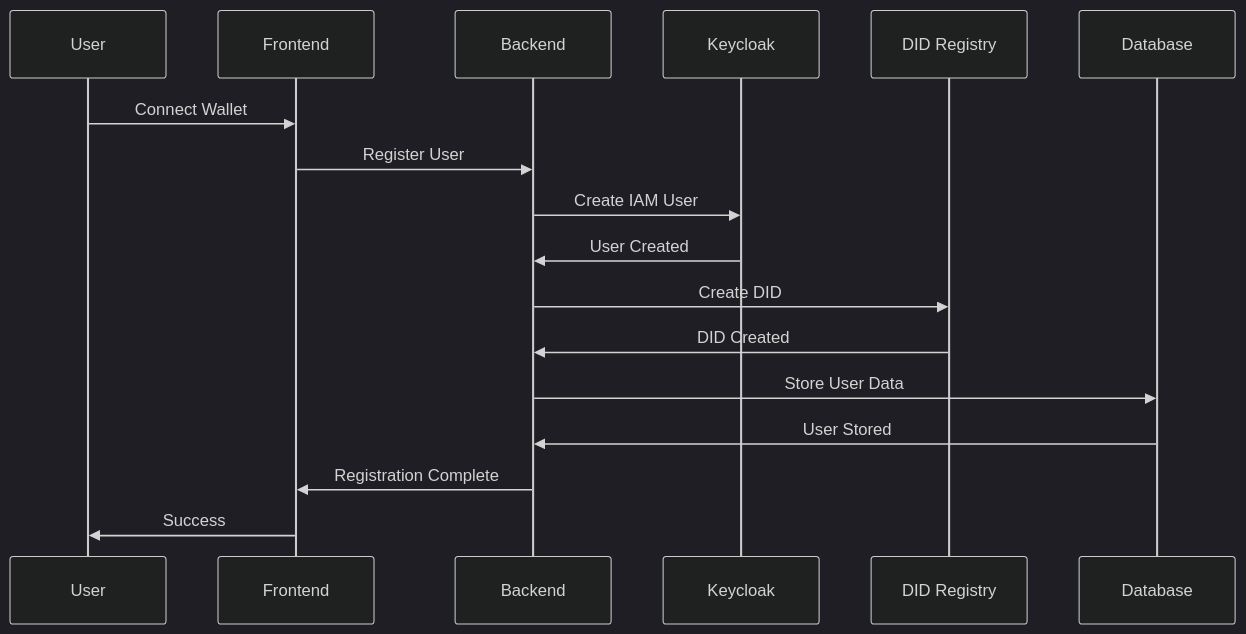
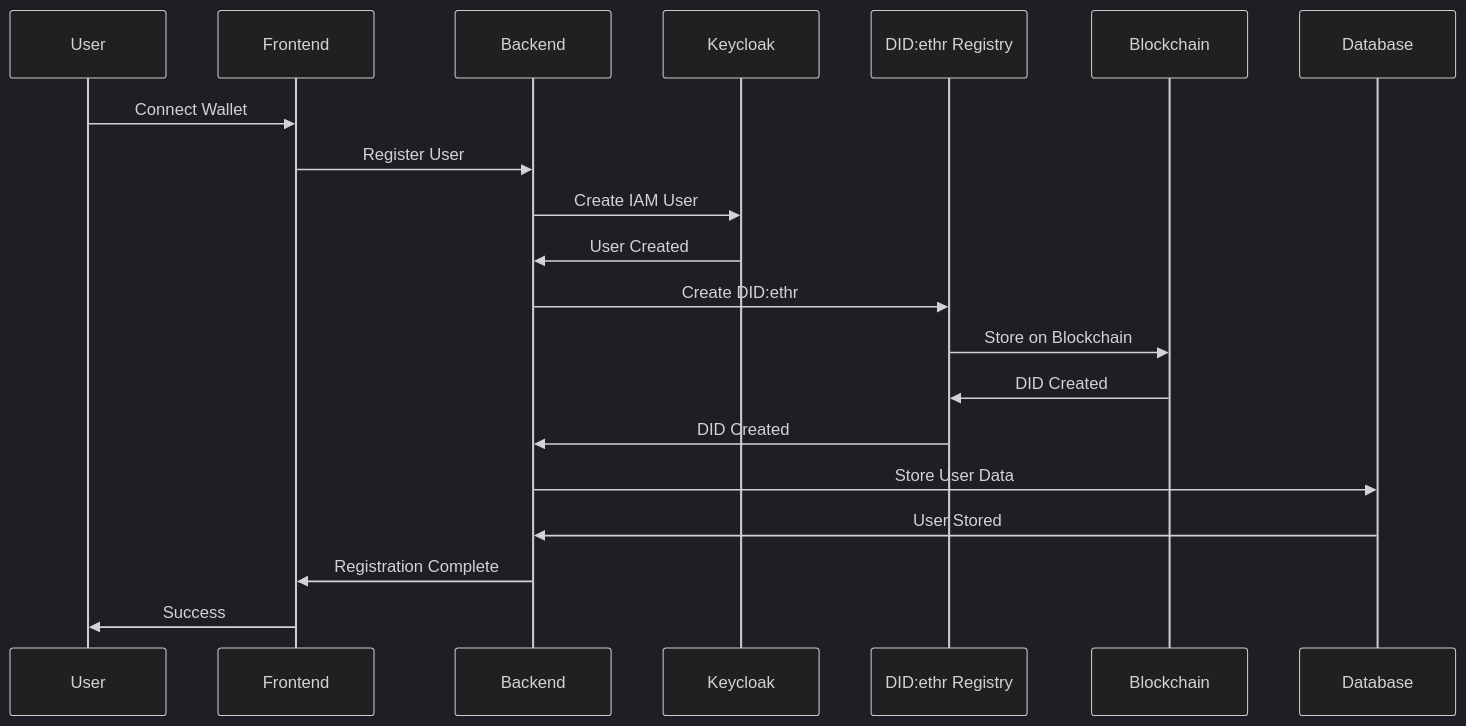
Diagram 12 of 25 in ARCHITECTURE_GUIDE.md (gitmujoshi/Confidential-AI-Network), drawn with Mermaid (dark theme) before and after one commit. The commit also changed other lines of this file and 18 other files, not shown here.

Commit message:
docs: update all architecture and IAM docs for enterprise did:web strategy, add enterprise implementation guide

````diff
--- a/ARCHITECTURE_GUIDE.md
+++ b/ARCHITECTURE_GUIDE.md
@@ -356,20 +562,23 @@
 ```mermaid
 sequenceDiagram
     participant U as User
     participant F as Frontend
     participant B as Backend
     participant IAM as Keycloak
-    participant DID as DID Registry
+    participant DID_ETHR as DID:ethr Registry
+    participant BC as Blockchain
     participant DB as Database
     
     U->>F: Connect Wallet
     F->>B: Register User
     B->>IAM: Create IAM User
     IAM->>B: User Created
-    B->>DID: Create DID
-    DID->>B: DID Created
+    B->>DID_ETHR: Create DID:ethr
+    DID_ETHR->>BC: Store on Blockchain
+    BC->>DID_ETHR: DID Created
+    DID_ETHR->>B: DID Created
     B->>DB: Store User Data
     DB->>B: User Stored
     B->>F: Registration Complete
     F->>U: Success
 ```
````
